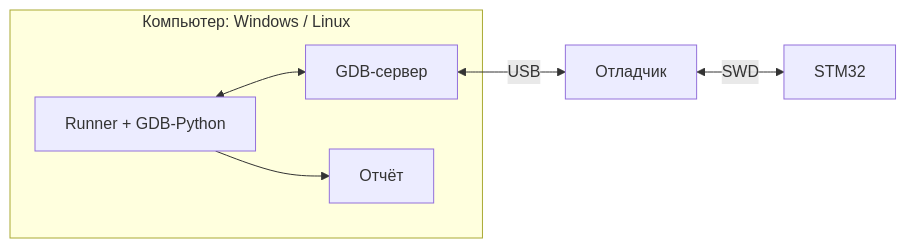
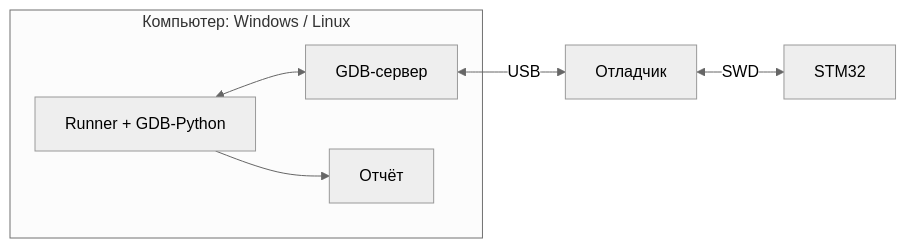
Before and after one commit to ViacheslavMezentsev/stm32-gdbtest: the second of 6 diagrams in README.md, drawn with Mermaid. The commit also changed other lines of this file and 11 other files, not shown here.

````diff
--- a/README.md
+++ b/README.md
@@ -168,9 +175,14 @@
 ```mermaid
+---
+config:
+  look: classic
+  theme: neutral
+---
 flowchart LR
     subgraph PC["Компьютер: Windows / Linux"]
         R["Runner + GDB-Python"] <--> S["GDB-сервер"]
         R --> O["Отчёт"]
     end
     S <-->|USB| D["Отладчик"]
     D <-->|SWD| M["STM32"]
 ```
````
